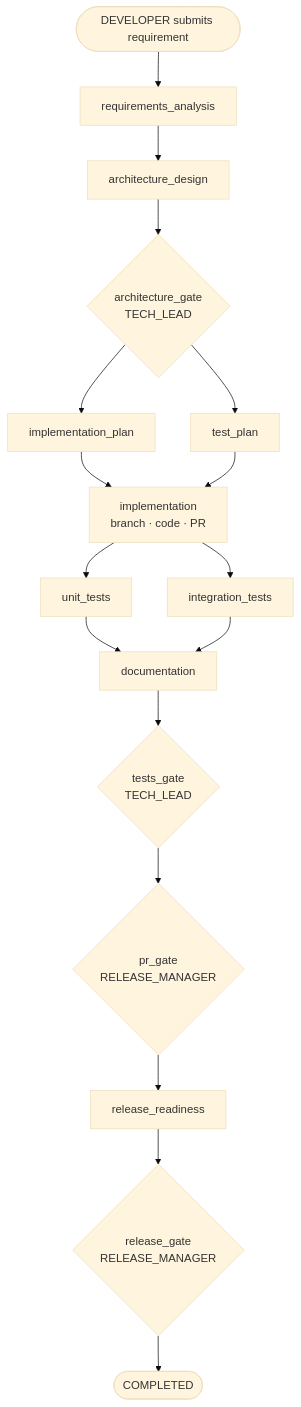
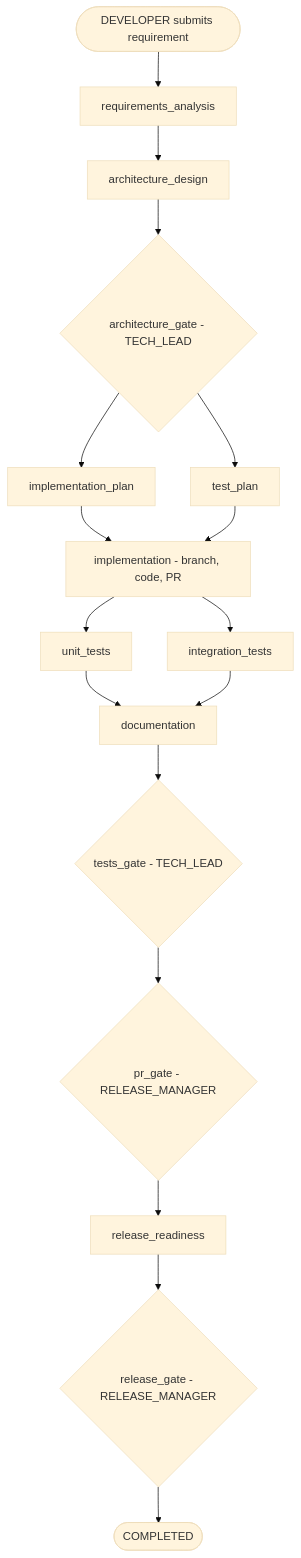
One commit to agentic-dev-projects/url-copilot changed the diagram in docs/scenarios/greenfield.md. Above: the diagram before and after it, drawn with Mermaid (base theme). The commit also changed 5 other files, not shown here.

First line of the commit message:
fix: strip all remaining Mermaid syntax GitHub cannot render

````diff
--- a/docs/scenarios/greenfield.md
+++ b/docs/scenarios/greenfield.md
@@ -13,19 +13,19 @@
 ```mermaid
 flowchart TD
     SUBMIT([DEVELOPER submits requirement]) --> RA[requirements_analysis]
     RA --> AD[architecture_design]
-    AD --> G1{"architecture_gate<br/>TECH_LEAD"}
+    AD --> G1{architecture_gate - TECH_LEAD}
     G1 --> IP[implementation_plan]
     G1 --> TP[test_plan]
-    IP --> IMPL["implementation<br/>branch · code · PR"]
+    IP --> IMPL[implementation - branch, code, PR]
     TP --> IMPL
     IMPL --> UT[unit_tests]
     IMPL --> IT[integration_tests]
     UT --> DOC[documentation]
     IT --> DOC
-    DOC --> G2{"tests_gate<br/>TECH_LEAD"}
-    G2 --> G3{"pr_gate<br/>RELEASE_MANAGER"}
+    DOC --> G2{tests_gate - TECH_LEAD}
+    G2 --> G3{pr_gate - RELEASE_MANAGER}
     G3 --> RR[release_readiness]
-    RR --> G4{"release_gate<br/>RELEASE_MANAGER"}
+    RR --> G4{release_gate - RELEASE_MANAGER}
     G4 --> DONE([COMPLETED])
 ```
````
